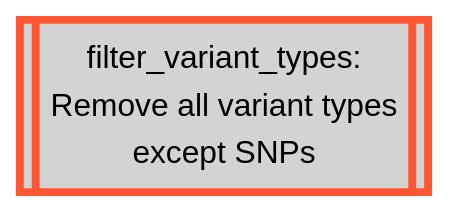
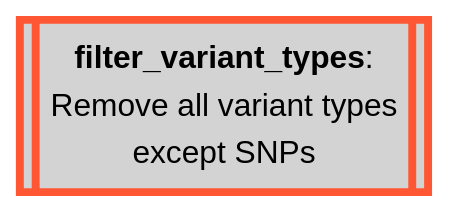
One commit to Tuks-ICMM/Pharmacogenetic-Analysis-Pipeline changed the fourth of 34 diagrams in docs/02-workflow/02-methodology-summary.md. Above: the diagram before and after it, drawn with Mermaid. The commit also changed other lines of this file, not shown here.

````diff
--- a/docs/02-workflow/02-methodology-summary.md
+++ b/docs/02-workflow/02-methodology-summary.md
@@ -301,7 +344,9 @@
   ```mermaid
   flowchart TD
-    filter_variant_types[[filter_variant_types:\nRemove all variant types\nexcept SNPs]]
+    filter_variant_types[["`**filter_variant_types**:
+    Remove all variant types
+    except SNPs`"]]
     
     classDef bcftools stroke:#FF5733,fill:#D3D3D3,stroke-width:4px,color:black;
     class filter_variant_types bcftools;
   ```
````
